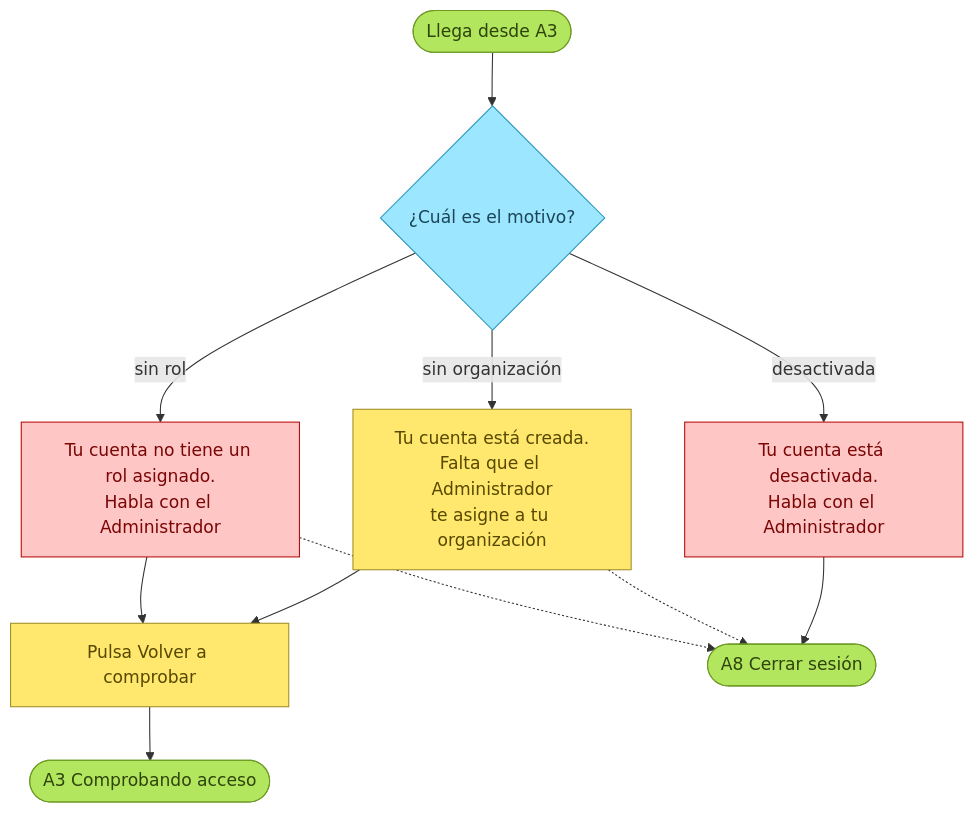
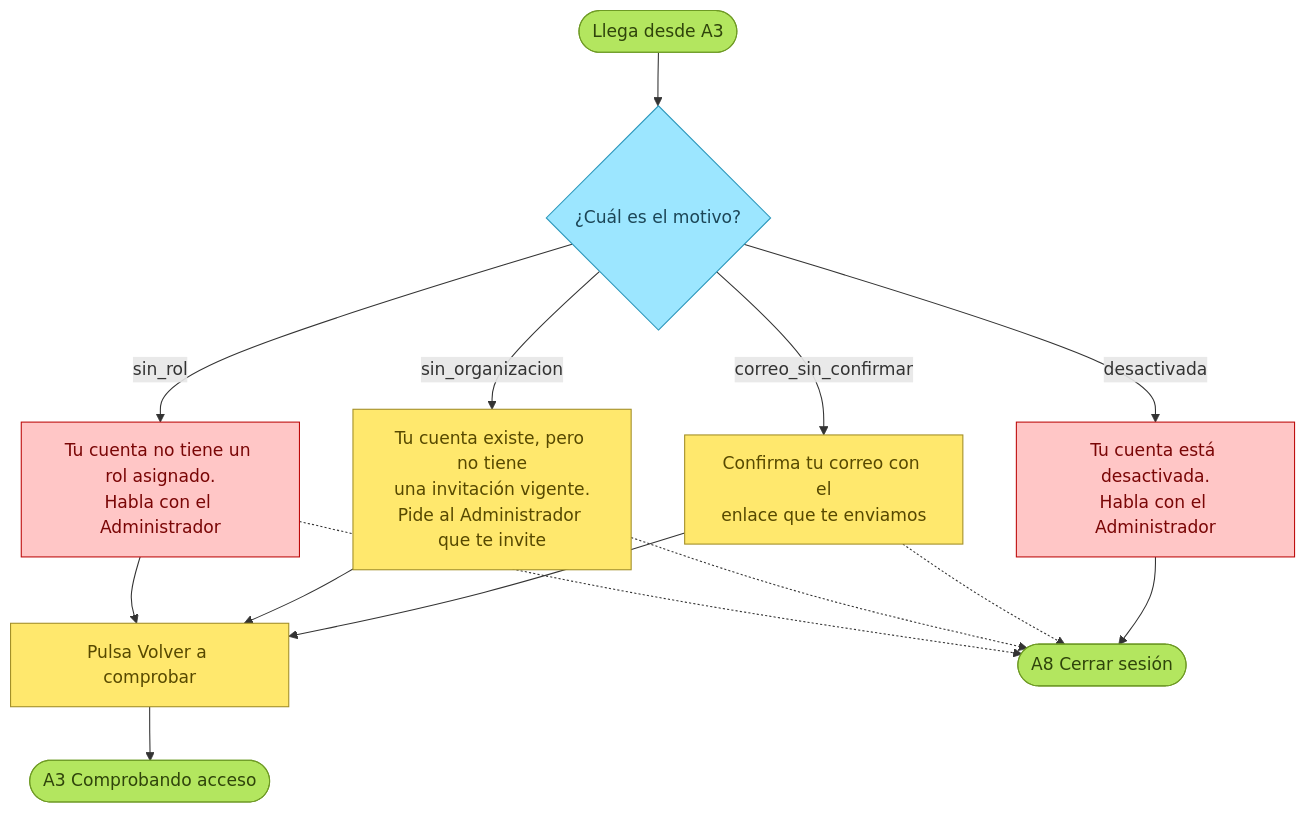
One commit to bernardoreveco/DentiHub changed the fifth of 10 diagrams in docs/modulos/01-acceso.md. Above: the diagram before and after it, drawn with Mermaid. The commit also changed other lines of this file and 48 other files, not shown here.

````diff
--- a/docs/modulos/01-acceso.md
+++ b/docs/modulos/01-acceso.md
@@ -118,26 +169,27 @@
 ```mermaid
 flowchart TD
     classDef ini fill:#B3E65F,stroke:#6E9A24,color:#2F440B
     classDef paso fill:#FFE86D,stroke:#A28E26,color:#574900
     classDef dec fill:#9CE6FF,stroke:#2C97BB,color:#1C4657
     classDef no fill:#FFC6C6,stroke:#BD0A0A,color:#7A0606
 
     s0([Llega desde A3]):::ini
     s1{¿Cuál es el motivo?}:::dec
+    d0[Confirma tu correo con el<br/>enlace que te enviamos]:::paso
     d1[Tu cuenta está desactivada.<br/>Habla con el Administrador]:::no
-    d2[Tu cuenta está creada.<br/>Falta que el Administrador<br/>te asigne a tu organización]:::paso
+    d2[Tu cuenta existe, pero no tiene<br/>una invitación vigente.<br/>Pide al Administrador que te invite]:::paso
     d3[Tu cuenta no tiene un rol asignado.<br/>Habla con el Administrador]:::no
     r1[Pulsa Volver a comprobar]:::paso
     a3([A3 Comprobando acceso]):::ini
     a8([A8 Cerrar sesión]):::ini
 
     s0 --> s1
-    s1 -- desactivada --> d1
-    s1 -- sin organización --> d2
-    s1 -- sin rol --> d3
-    d2 --> r1 --> a3
-    d3 --> r1
-    d1 --> a8
+    s1 -- correo_sin_confirmar --> d0 --> r1
+    s1 -- desactivada --> d1 --> a8
+    s1 -- sin_organizacion --> d2 --> r1
+    s1 -- sin_rol --> d3 --> r1
+    r1 --> a3
+    d0 -.-> a8
     d2 -.-> a8
     d3 -.-> a8
 ```
````
